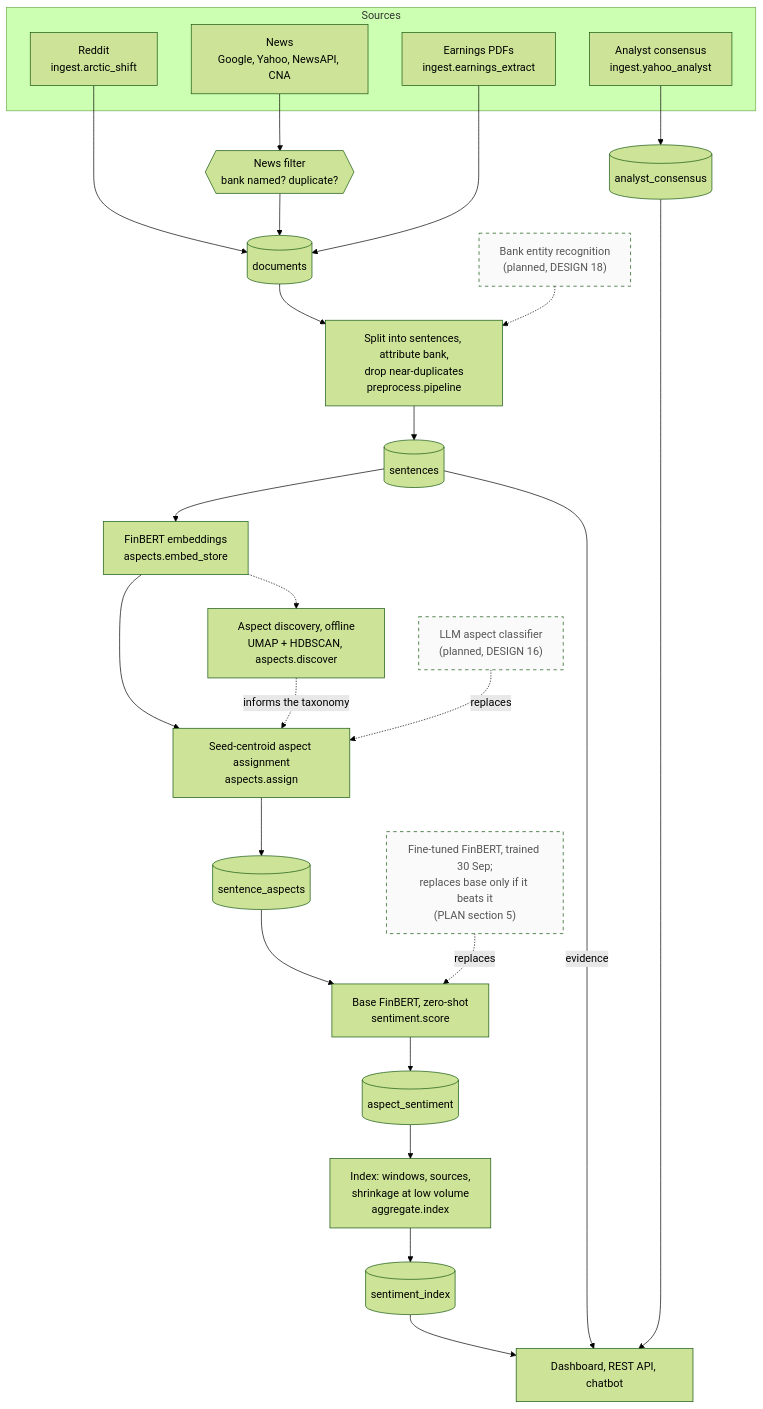
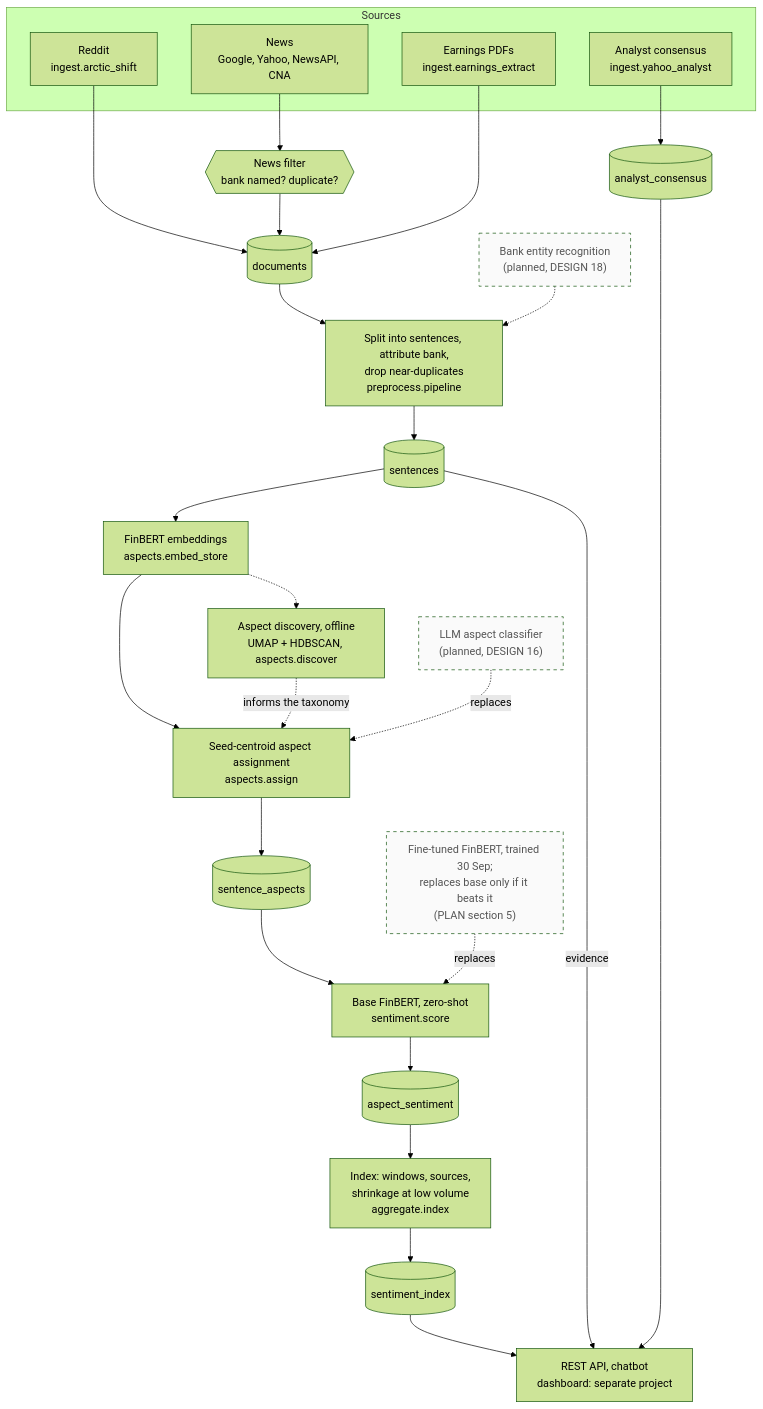
One commit to Gavingyh/plp-project changed the diagram in docs/diagrams/04-pipeline.md. Above: the diagram before and after it, drawn with Mermaid (forest theme). The commit also changed other lines of this file and 62 other files, not shown here.

First line of the commit message:
Hand the dashboard to its own project; expose everything through the API

````diff
--- a/docs/diagrams/04-pipeline.md
+++ b/docs/diagrams/04-pipeline.md
@@ -7,50 +7,50 @@
 ```mermaid
 flowchart TB
   accTitle: Processing pipeline
-  accDescr: Sources are ingested into documents, split into sentences, embedded, tagged with aspects, scored and aggregated into an index that the dashboard, API and chatbot read. Planned replacements are dashed.
+  accDescr: Sources are ingested into documents, split into sentences, embedded, tagged with aspects, scored and aggregated into an index that the API and chatbot serve, and a separate dashboard reads through the API. Planned replacements are dashed.
 
   subgraph src["Sources"]
     reddit["Reddit<br/>ingest.arctic_shift"]
     news["News<br/>Google, Yahoo, NewsAPI, CNA"]
     pdfs["Earnings PDFs<br/>ingest.earnings_extract"]
     cons["Analyst consensus<br/>ingest.yahoo_analyst"]
   end
 
   filt{{"News filter<br/>bank named? duplicate?"}}
   docs[("documents")]
   acons[("analyst_consensus")]
   prep["Split into sentences, attribute bank,<br/>drop near-duplicates<br/>preprocess.pipeline"]
   ner["Bank entity recognition<br/>(planned, DESIGN 18)"]
   sents[("sentences")]
   emb["FinBERT embeddings<br/>aspects.embed_store"]
   disc["Aspect discovery, offline<br/>UMAP + HDBSCAN, aspects.discover"]
   assign["Seed-centroid aspect assignment<br/>aspects.assign"]
   llm["LLM aspect classifier<br/>(planned, DESIGN 16)"]
   sa[("sentence_aspects")]
   score["Base FinBERT, zero-shot<br/>sentiment.score"]
   ft["Fine-tuned FinBERT, trained 30 Sep;<br/>replaces base only if it beats it<br/>(PLAN section 5)"]
   as[("aspect_sentiment")]
   agg["Index: windows, sources,<br/>shrinkage at low volume<br/>aggregate.index"]
   idx[("sentiment_index")]
-  ui["Dashboard, REST API, chatbot"]
+  ui["REST API, chatbot<br/>dashboard: separate project"]
 
   reddit --> docs
   news --> filt --> docs
   pdfs --> docs
   cons --> acons
   docs --> prep --> sents
   ner -.-> prep
   sents --> emb --> assign --> sa
   emb -.-> disc
   disc -. "informs the taxonomy" .-> assign
   llm -. "replaces" .-> assign
   sa --> score --> as
   ft -. "replaces" .-> score
   as --> agg --> idx
   idx --> ui
   sents -- "evidence" --> ui
   acons --> ui
 
   classDef planned stroke-dasharray: 5 5,color:#555,fill:#fafafa;
   class ner,llm,ft planned;
 ```
````
